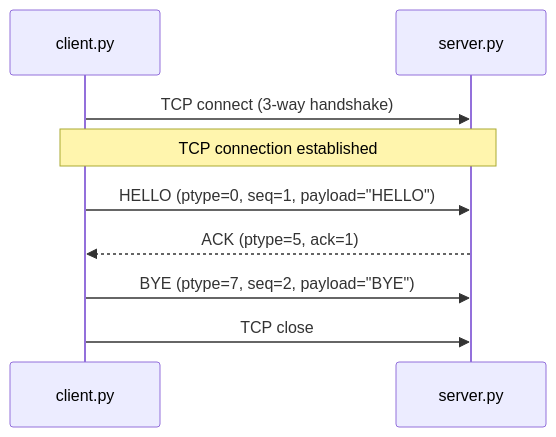
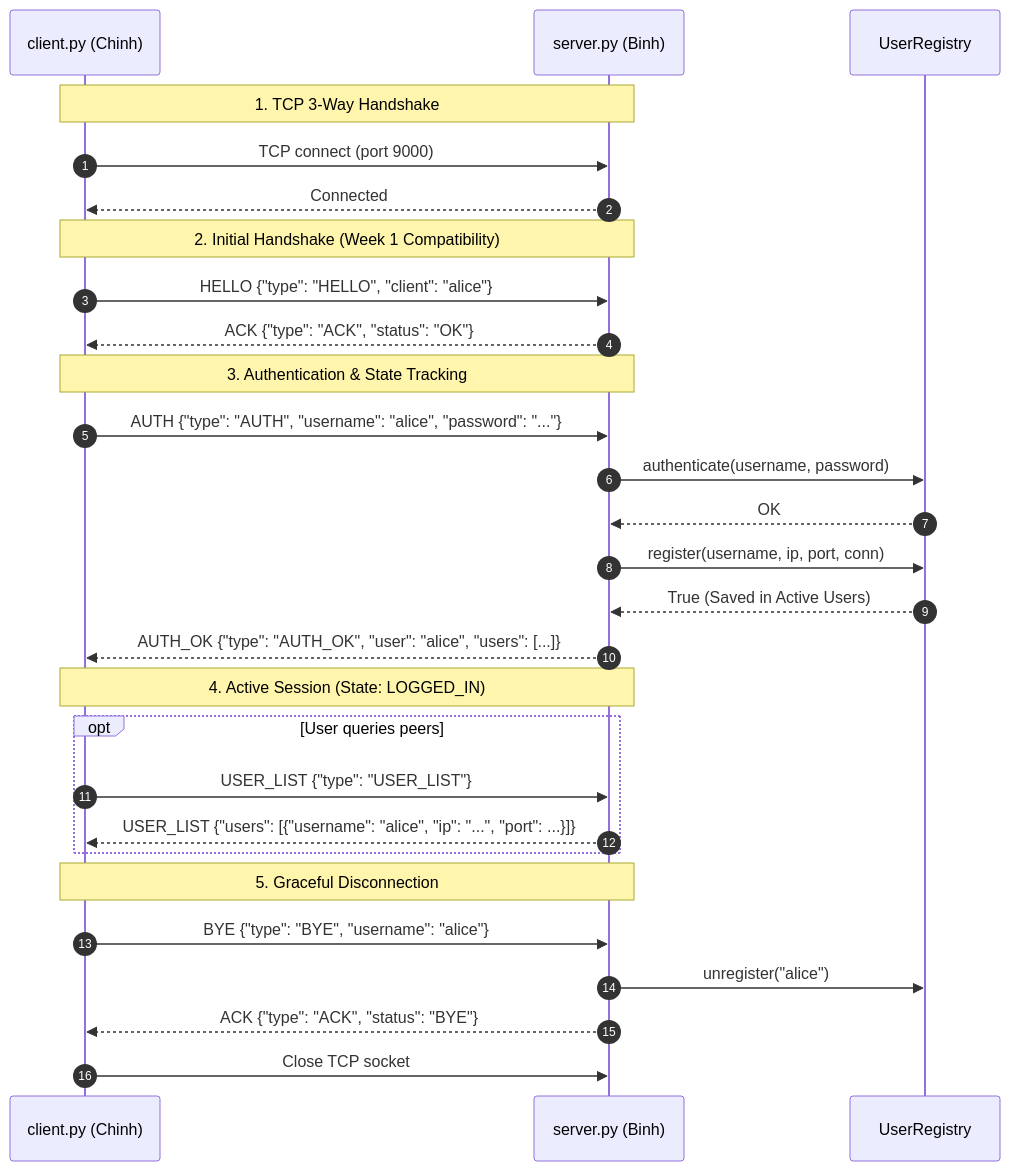
The third of 4 diagrams in docs/architecture.md (Smokiestfox/networking-app-assignment), drawn with Mermaid before and after one commit. The commit also changed other lines of this file and 4 other files, not shown here.

Commit message:
feat(client): implement Client Session, Auth flow, Demo Simulator and update Architecture docs for Week 2

````diff
--- a/docs/architecture.md
+++ b/docs/architecture.md
@@ -38,14 +72,35 @@
 ```mermaid
 sequenceDiagram
-    participant C as client.py
-    participant S as server.py
+    autonumber
+    participant C as client.py (Chinh)
+    participant S as server.py (Binh)
+    participant R as UserRegistry
 
-    C->>S: TCP connect (3-way handshake)
-    Note over C,S: TCP connection established
+    Note over C,S: 1. TCP 3-Way Handshake
+    C->>S: TCP connect (port 9000)
+    S-->>C: Connected
 
-    C->>S: HELLO (ptype=0, seq=1, payload="HELLO")
-    S-->>C: ACK   (ptype=5, ack=1)
+    Note over C,S: 2. Initial Handshake (Week 1 Compatibility)
+    C->>S: HELLO {"type": "HELLO", "client": "alice"}
+    S-->>C: ACK {"type": "ACK", "status": "OK"}
 
-    C->>S: BYE   (ptype=7, seq=2, payload="BYE")
-    C->>S: TCP close
+    Note over C,S: 3. Authentication & State Tracking
+    C->>S: AUTH {"type": "AUTH", "username": "alice", "password": "..."}
+    S->>R: authenticate(username, password)
+    R-->>S: OK
+    S->>R: register(username, ip, port, conn)
+    R-->>S: True (Saved in Active Users)
+    S-->>C: AUTH_OK {"type": "AUTH_OK", "user": "alice", "users": [...]}
+
+    Note over C,S: 4. Active Session (State: LOGGED_IN)
+    opt User queries peers
+        C->>S: USER_LIST {"type": "USER_LIST"}
+        S-->>C: USER_LIST {"users": [{"username": "alice", "ip": "...", "port": ...}]}
+    end
+
+    Note over C,S: 5. Graceful Disconnection
+    C->>S: BYE {"type": "BYE", "username": "alice"}
+    S->>R: unregister("alice")
+    S-->>C: ACK {"type": "ACK", "status": "BYE"}
+    C->>S: Close TCP socket
 ```
````
